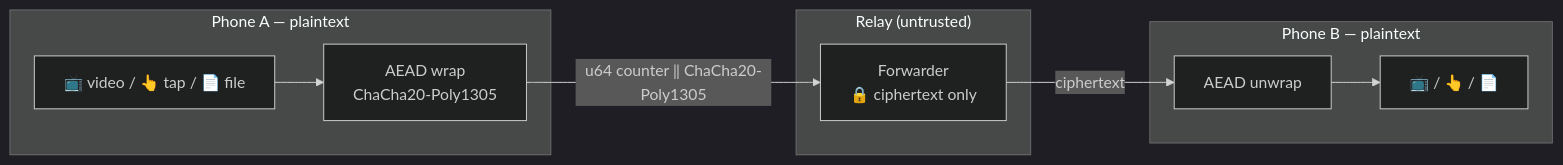
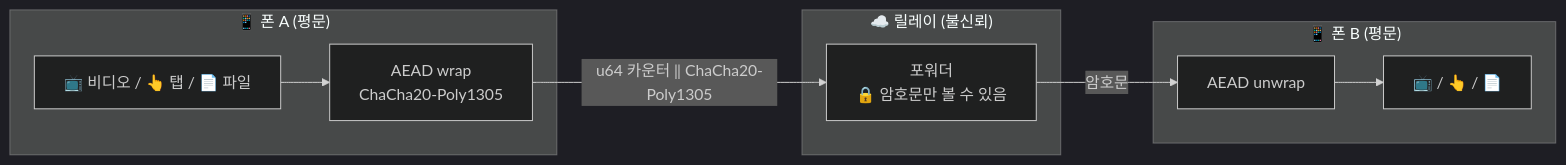
One commit to dnr6419/paperclip changed the second of 4 diagrams in android-remote/README.md. Above: the diagram before and after it, drawn with Mermaid (dark theme). The commit also changed other lines of this file, not shown here.

````diff
--- a/android-remote/README.md
+++ b/android-remote/README.md
@@ -60,16 +60,16 @@
 ```mermaid
 flowchart LR
-    subgraph A["Phone A — plaintext"]
-        APT["📺 video / 👆 tap / 📄 file"]
+    subgraph A["📱 폰 A (평문)"]
+        APT["📺 비디오 / 👆 탭 / 📄 파일"]
         AEnc["AEAD wrap<br/>ChaCha20-Poly1305"]
     end
-    subgraph R["Relay (untrusted)"]
-        RFW["Forwarder<br/>🔒 ciphertext only"]
+    subgraph R["☁️ 릴레이 (불신뢰)"]
+        RFW["포워더<br/>🔒 암호문만 볼 수 있음"]
     end
-    subgraph B["Phone B — plaintext"]
+    subgraph B["📱 폰 B (평문)"]
         BDec["AEAD unwrap"]
         BPT["📺 / 👆 / 📄"]
     end
-    APT --> AEnc -- "u64 counter ‖ ChaCha20-Poly1305" --> RFW
-    RFW -- ciphertext --> BDec --> BPT
+    APT --> AEnc -- "u64 카운터 ‖ ChaCha20-Poly1305" --> RFW
+    RFW -- 암호문 --> BDec --> BPT
 ```
````
